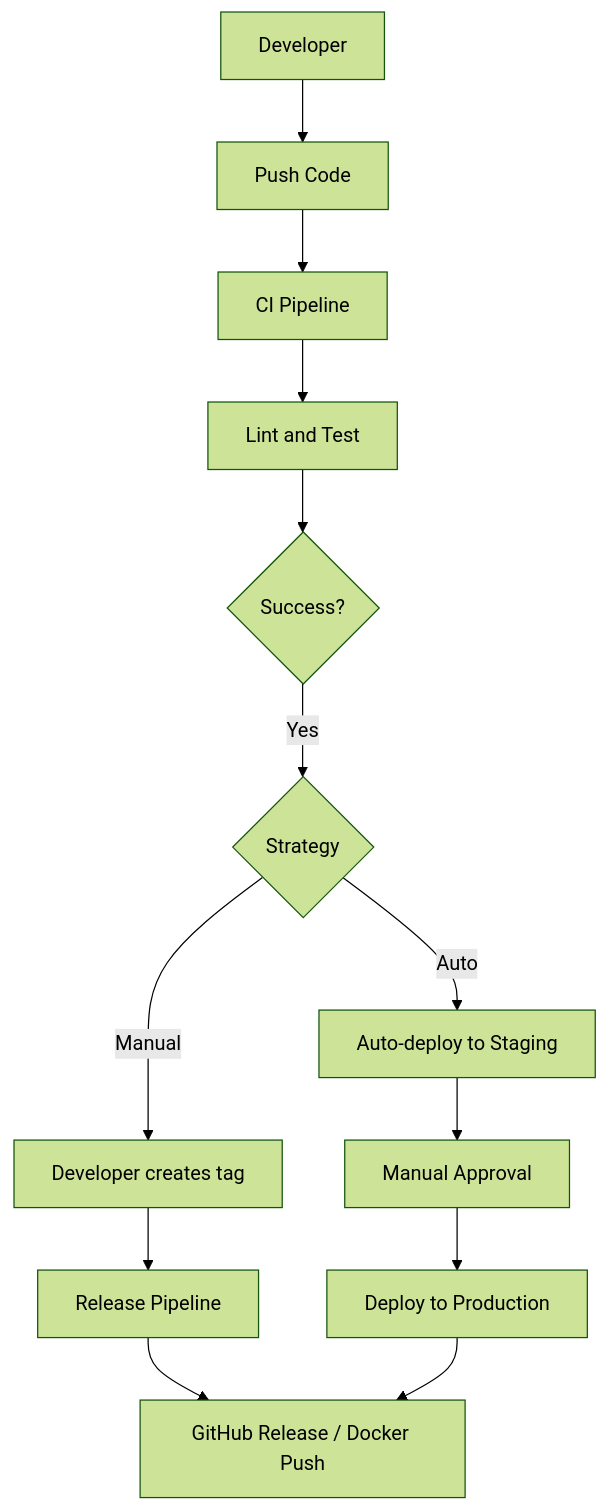
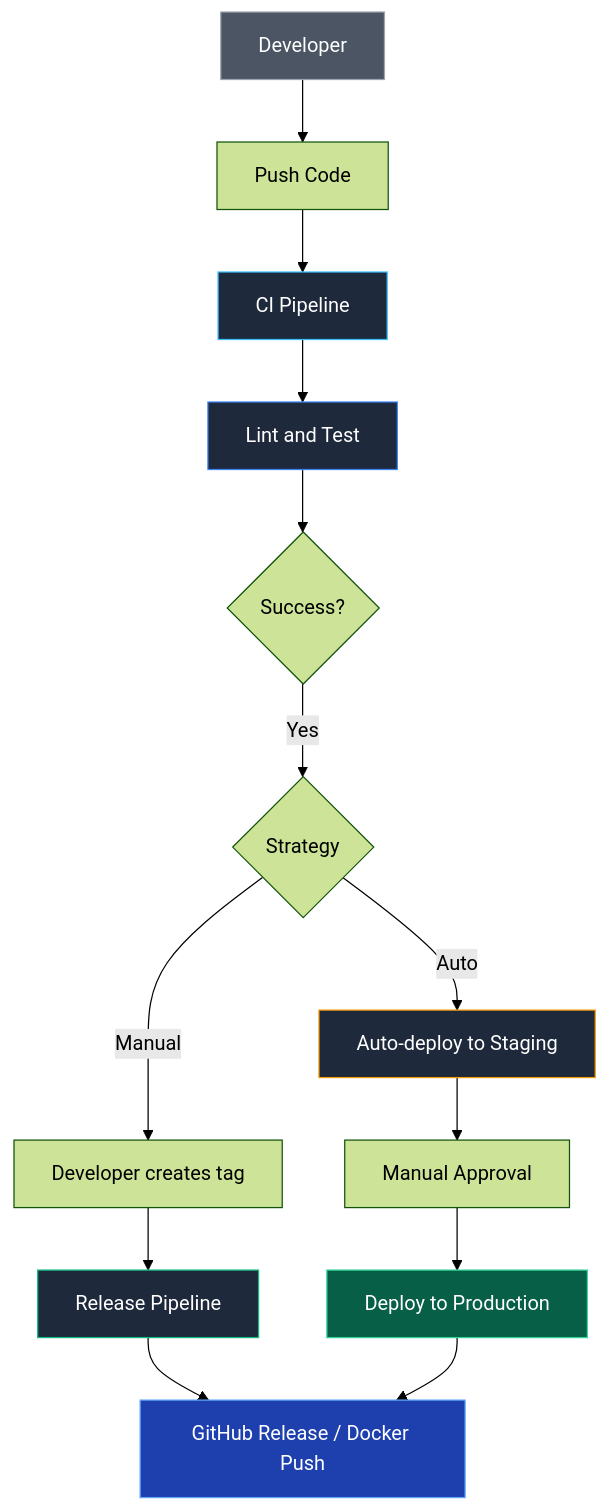
One commit to UnrealTemplier/go-textbook changed the diagram in sources/8. Инфраструктура языка, Тулинг и CI_CD/38. Автоматизация релизов.md. Above: the diagram before and after it, drawn with Mermaid (forest theme). The commit also changed other lines of this file, not shown here.

````diff
--- a/sources/8. Инфраструктура языка, Тулинг и CI_CD/38. Автоматизация релизов.md
+++ b/sources/8. Инфраструктура языка, Тулинг и CI_CD/38. Автоматизация релизов.md
@@ -22,20 +27,28 @@
 ```mermaid
 flowchart TD
     A["Developer"] --> B["Push Code"]
     
     B --> C["CI Pipeline"]
     C --> D["Lint and Test"]
     D --> E{"Success?"}
     
     E -- "Yes" --> F{"Strategy"}
     
     F -- "Manual" --> G["Developer creates tag"]
     G --> H["Release Pipeline"]
     
     F -- "Auto" --> I["Auto-deploy to Staging"]
     I --> J["Manual Approval"]
     J --> K["Deploy to Production"]
     
     H --> L["GitHub Release / Docker Push"]
     K --> L
+    
+    style A fill:#4b5563,stroke:#9ca3af,color:#fff
+    style C fill:#1e293b,stroke:#38bdf8,color:#fff
+    style D fill:#1e293b,stroke:#3b82f6,color:#fff
+    style H fill:#1e293b,stroke:#10b981,color:#fff
+    style I fill:#1e293b,stroke:#f59e0b,color:#fff
+    style K fill:#065f46,stroke:#34d399,color:#fff
+    style L fill:#1e40af,stroke:#60a5fa,color:#fff
 ```
````
